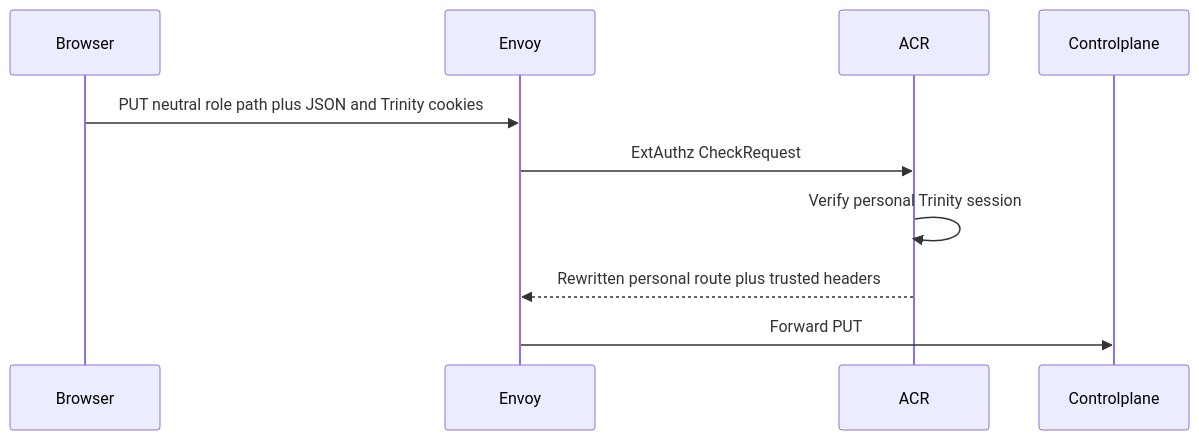
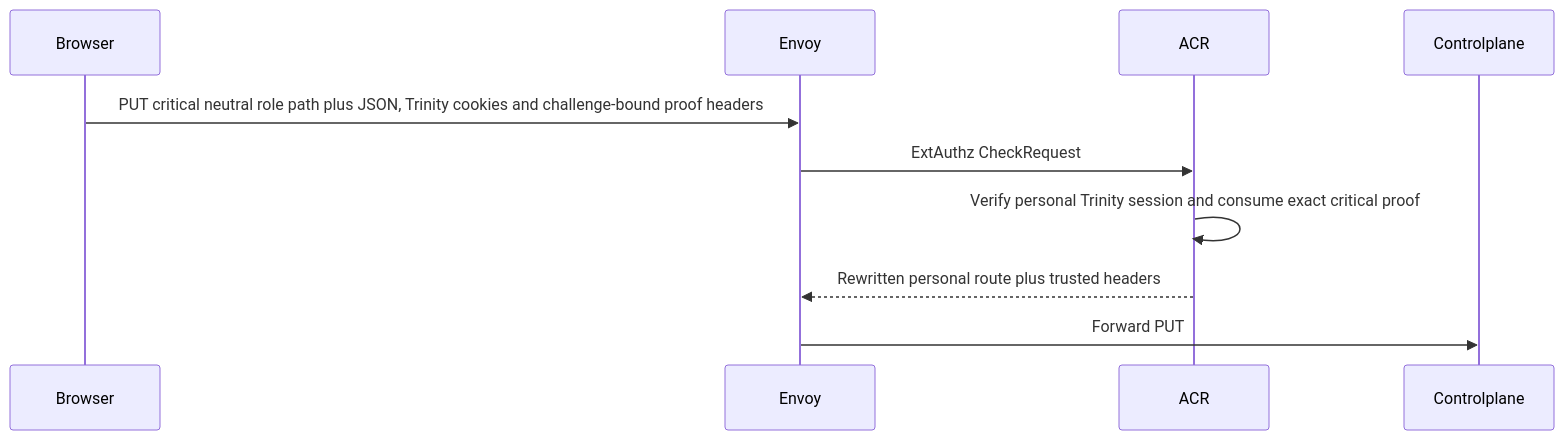
One commit to phucle996/aurora changed the first of 3 diagrams in god_view/iam/platform_role_update_god_view_workflow.md. Above: the diagram before and after it, drawn with Mermaid. The commit also changed other lines of this file and 32 other files, not shown here.

````diff
--- a/god_view/iam/platform_role_update_god_view_workflow.md
+++ b/god_view/iam/platform_role_update_god_view_workflow.md
@@ -18,13 +30,13 @@
 ```mermaid
 sequenceDiagram
     participant B as Browser
     participant E as Envoy
     participant A as ACR
     participant CP as Controlplane
 
-    B->>E: PUT neutral role path plus JSON and Trinity cookies
+    B->>E: PUT critical neutral role path plus JSON, Trinity cookies and challenge-bound proof headers
     E->>A: ExtAuthz CheckRequest
-    A->>A: Verify personal Trinity session
+    A->>A: Verify personal Trinity session and consume exact critical proof
     A-->>E: Rewritten personal route plus trusted headers
     E->>CP: Forward PUT
 ```
````
